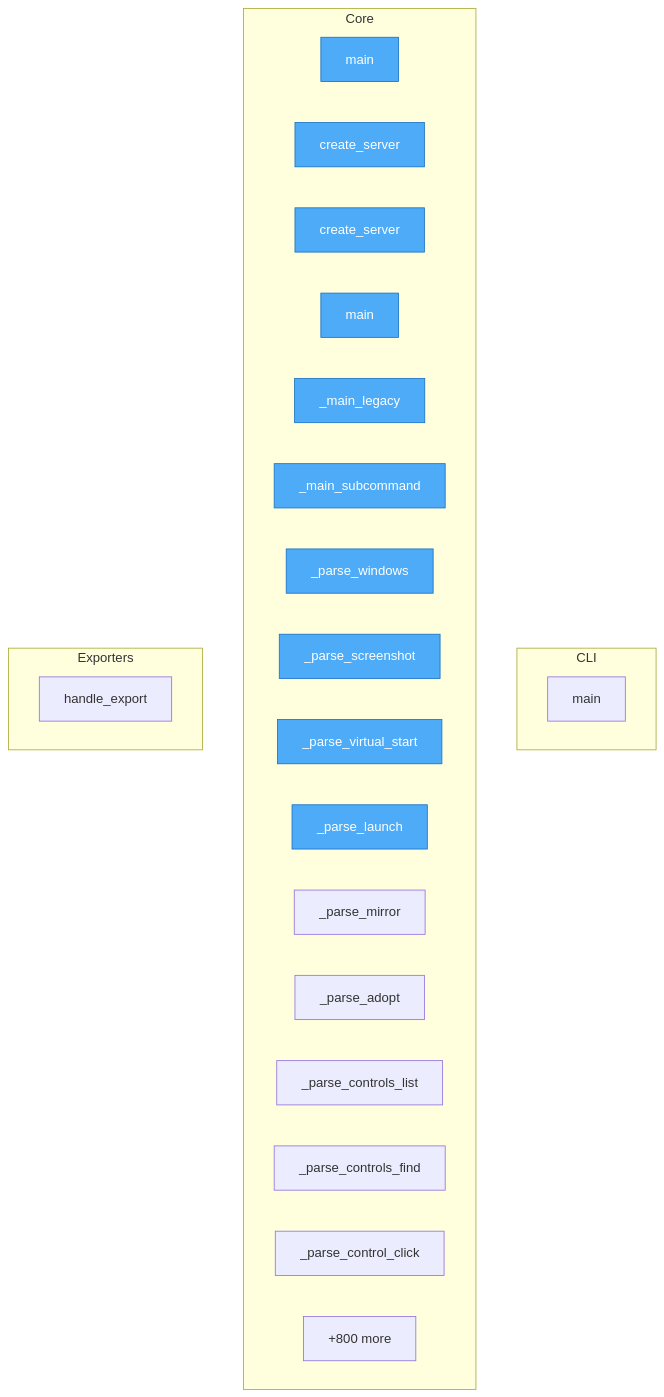
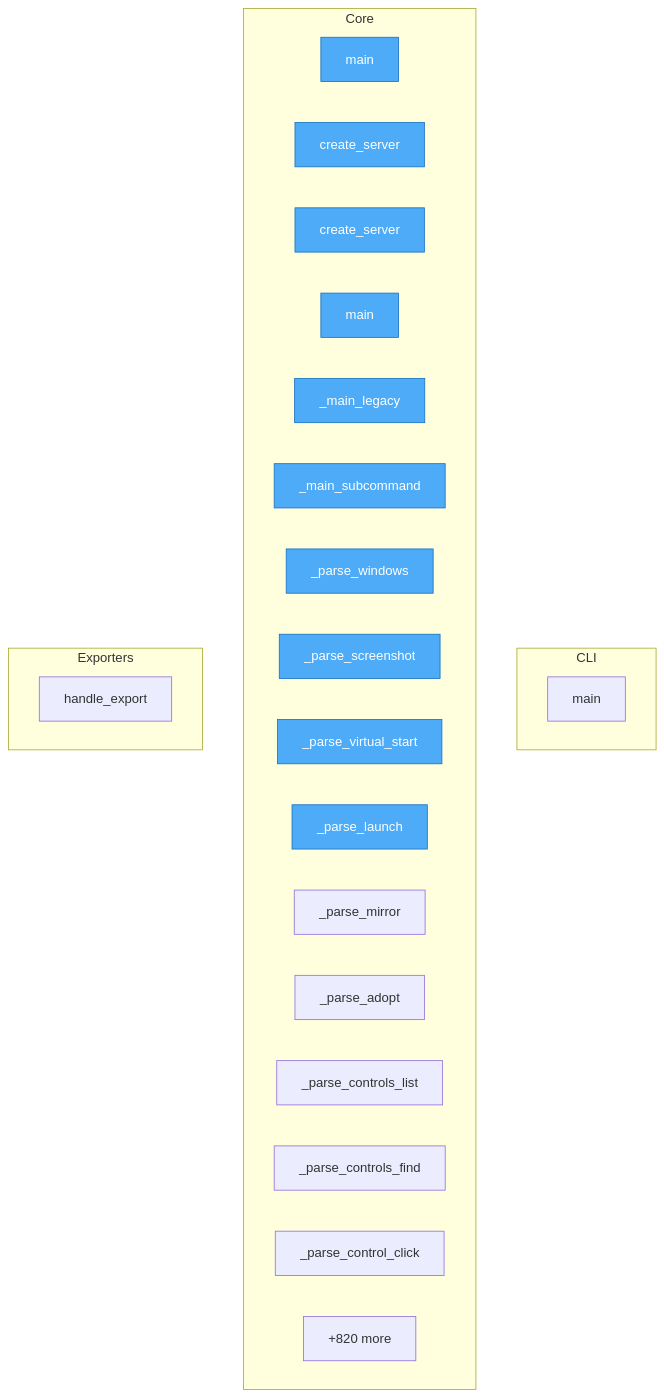
One commit to wronai/vdisplay changed the diagram in project/flow.mmd. Above: the diagram before and after it, drawn with Mermaid. The commit also changed 36 other files, not shown here.

```diff
--- a/project/flow.mmd
+++ b/project/flow.mmd
@@ -1,34 +1,34 @@
 flowchart TD
-%% generated in 0.07s
+%% generated in 0.10s
 
     %% Entry points (blue)
     classDef entry fill:#4dabf7,stroke:#1971c2,color:#fff
 
     subgraph CLI
         packages__cli2vdisplay__src__cli2vdisplay__cli__main["main"]
     end
 
     subgraph Core
         packages__mcp2vdisplay__src__mcp2vdisplay__cli__main["main"]
         packages__mcp2vdisplay__src__mcp2vdisplay__cli__create_server["create_server"]
         packages__mcp2vdisplay__src__mcp2vdisplay__server__create_server["create_server"]
         packages__dsl2vdisplay__src__dsl2vdisplay__cli__main["main"]
         packages__dsl2vdisplay__src__dsl2vdisplay__cli___main_legacy["_main_legacy"]
         packages__dsl2vdisplay__src__dsl2vdisplay__cli___main_subcommand["_main_subcommand"]
         packages__dsl2vdisplay__src__dsl2vdisplay__grammar___parse_windows["_parse_windows"]
         packages__dsl2vdisplay__src__dsl2vdisplay__grammar___parse_screenshot["_parse_screenshot"]
         packages__dsl2vdisplay__src__dsl2vdisplay__grammar___parse_virtual_start["_parse_virtual_start"]
         packages__dsl2vdisplay__src__dsl2vdisplay__grammar___parse_launch["_parse_launch"]
         packages__dsl2vdisplay__src__dsl2vdisplay__grammar___parse_mirror["_parse_mirror"]
         packages__dsl2vdisplay__src__dsl2vdisplay__grammar___parse_adopt["_parse_adopt"]
         packages__dsl2vdisplay__src__dsl2vdisplay__grammar___parse_controls_list["_parse_controls_list"]
         packages__dsl2vdisplay__src__dsl2vdisplay__grammar___parse_controls_find["_parse_controls_find"]
         packages__dsl2vdisplay__src__dsl2vdisplay__grammar___parse_control_click["_parse_control_click"]
-        ...["+800 more"]
+        ...["+820 more"]
     end
 
     subgraph Exporters
         src__vdisplay__commands__session__handle_export["handle_export"]
     end
 
     class packages__mcp2vdisplay__src__mcp2vdisplay__cli__main,packages__mcp2vdisplay__src__mcp2vdisplay__cli__create_server,packages__mcp2vdisplay__src__mcp2vdisplay__server__create_server,packages__dsl2vdisplay__src__dsl2vdisplay__cli__main,packages__dsl2vdisplay__src__dsl2vdisplay__cli___main_legacy,packages__dsl2vdisplay__src__dsl2vdisplay__cli___main_subcommand,packages__dsl2vdisplay__src__dsl2vdisplay__grammar___parse_windows,packages__dsl2vdisplay__src__dsl2vdisplay__grammar___parse_screenshot,packages__dsl2vdisplay__src__dsl2vdisplay__grammar___parse_virtual_start,packages__dsl2vdisplay__src__dsl2vdisplay__grammar___parse_launch entry
```
